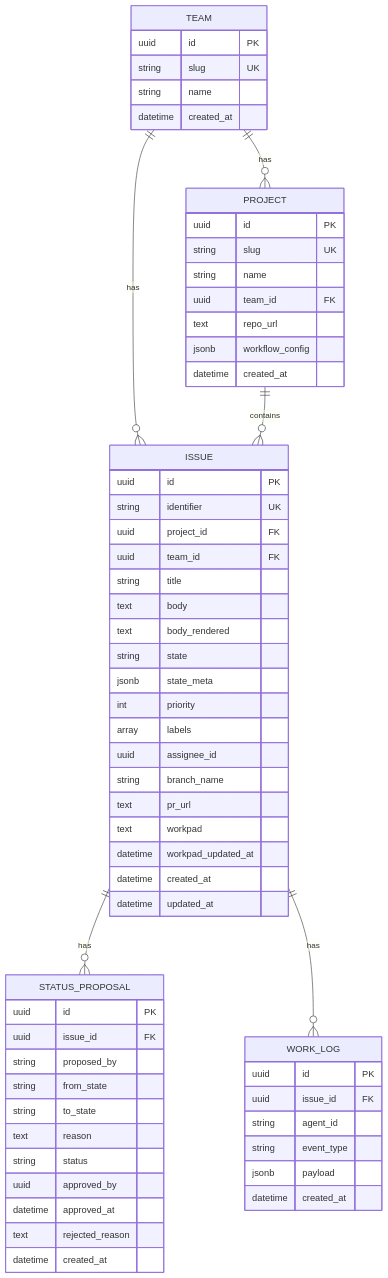
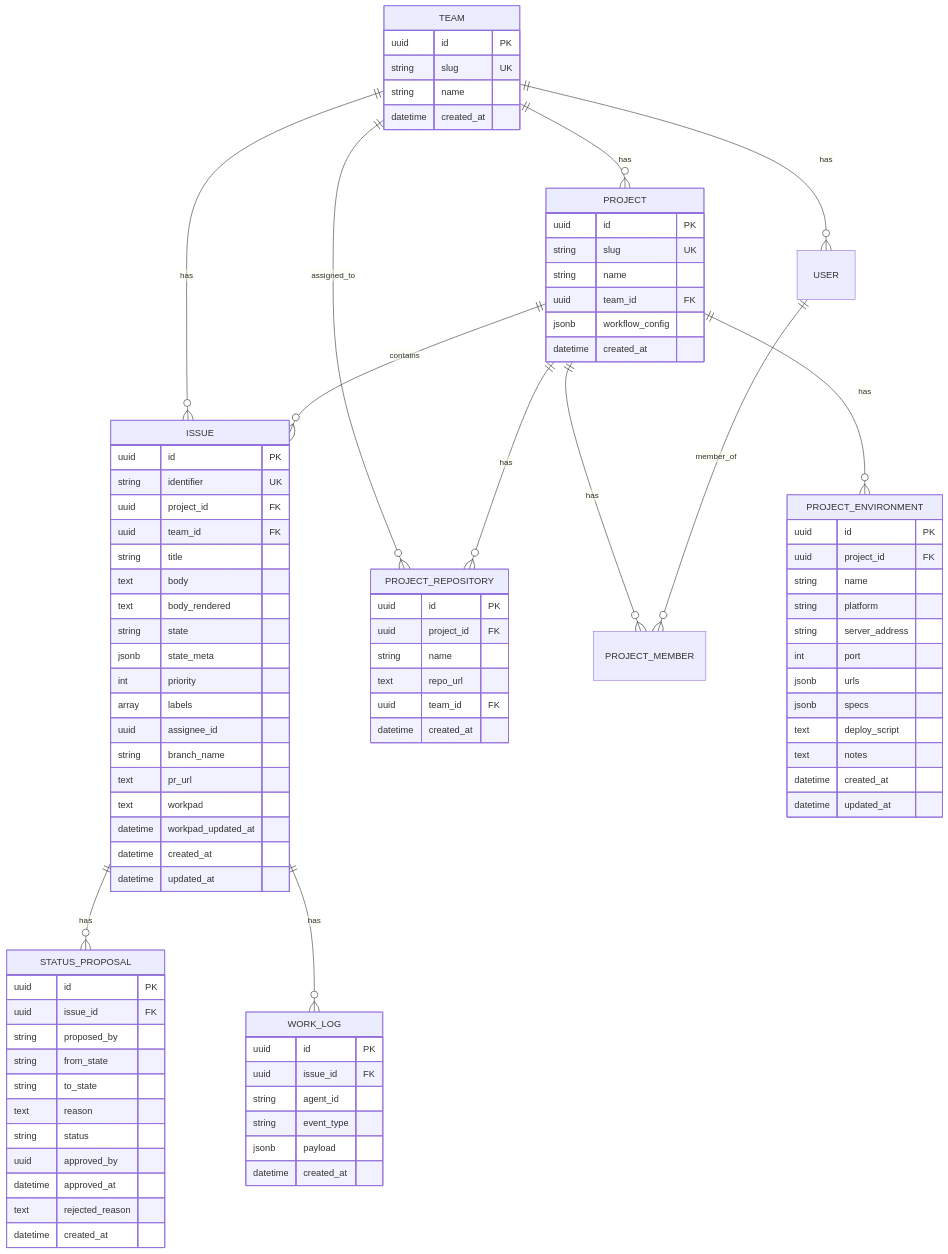
The second of 12 diagrams in docs/ARCHITECTURE.md (Hsooooo/symphony-lite), drawn with Mermaid before and after one commit. The commit also changed 8 other files, not shown here.

```diff
--- a/docs/ARCHITECTURE.md
+++ b/docs/ARCHITECTURE.md
@@ -80,9 +80,15 @@
 erDiagram
     TEAM ||--o{ PROJECT : has
     TEAM ||--o{ ISSUE : has
+    TEAM ||--o{ USER : has
+    TEAM ||--o{ PROJECT_REPOSITORY : assigned_to
     PROJECT ||--o{ ISSUE : contains
+    PROJECT ||--o{ PROJECT_MEMBER : has
+    PROJECT ||--o{ PROJECT_REPOSITORY : has
+    PROJECT ||--o{ PROJECT_ENVIRONMENT : has
     ISSUE ||--o{ STATUS_PROPOSAL : has
     ISSUE ||--o{ WORK_LOG : has
+    USER ||--o{ PROJECT_MEMBER : member_of
 
     TEAM {
         uuid id PK
@@ -96,9 +102,32 @@
         string slug UK
         string name
         uuid team_id FK
-        text repo_url
         jsonb workflow_config
         datetime created_at
+    }
+
+    PROJECT_REPOSITORY {
+        uuid id PK
+        uuid project_id FK
+        string name
+        text repo_url
+        uuid team_id FK
+        datetime created_at
+    }
+
+    PROJECT_ENVIRONMENT {
+        uuid id PK
+        uuid project_id FK
+        string name
+        string platform
+        string server_address
+        int port
+        jsonb urls
+        jsonb specs
+        text deploy_script
+        text notes
+        datetime created_at
+        datetime updated_at
     }
 
     ISSUE {
```
